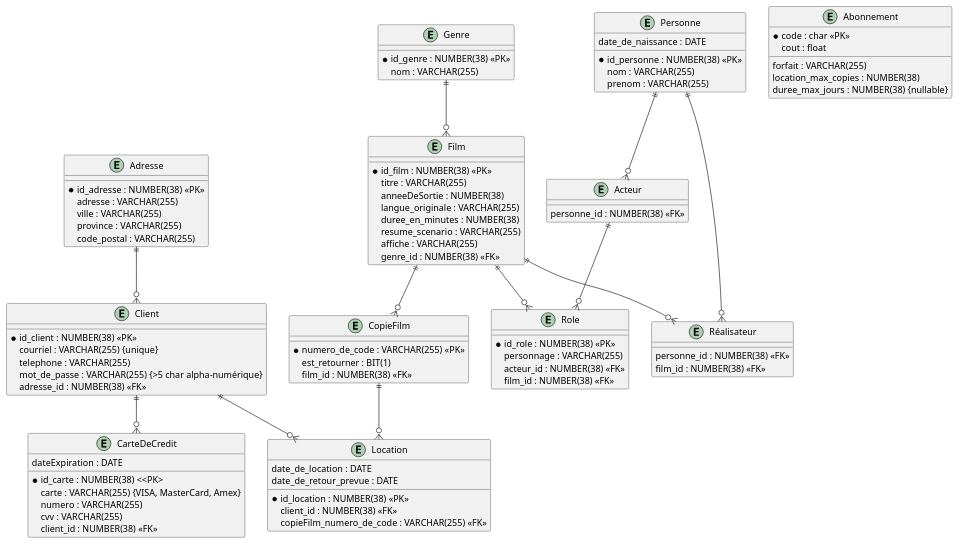
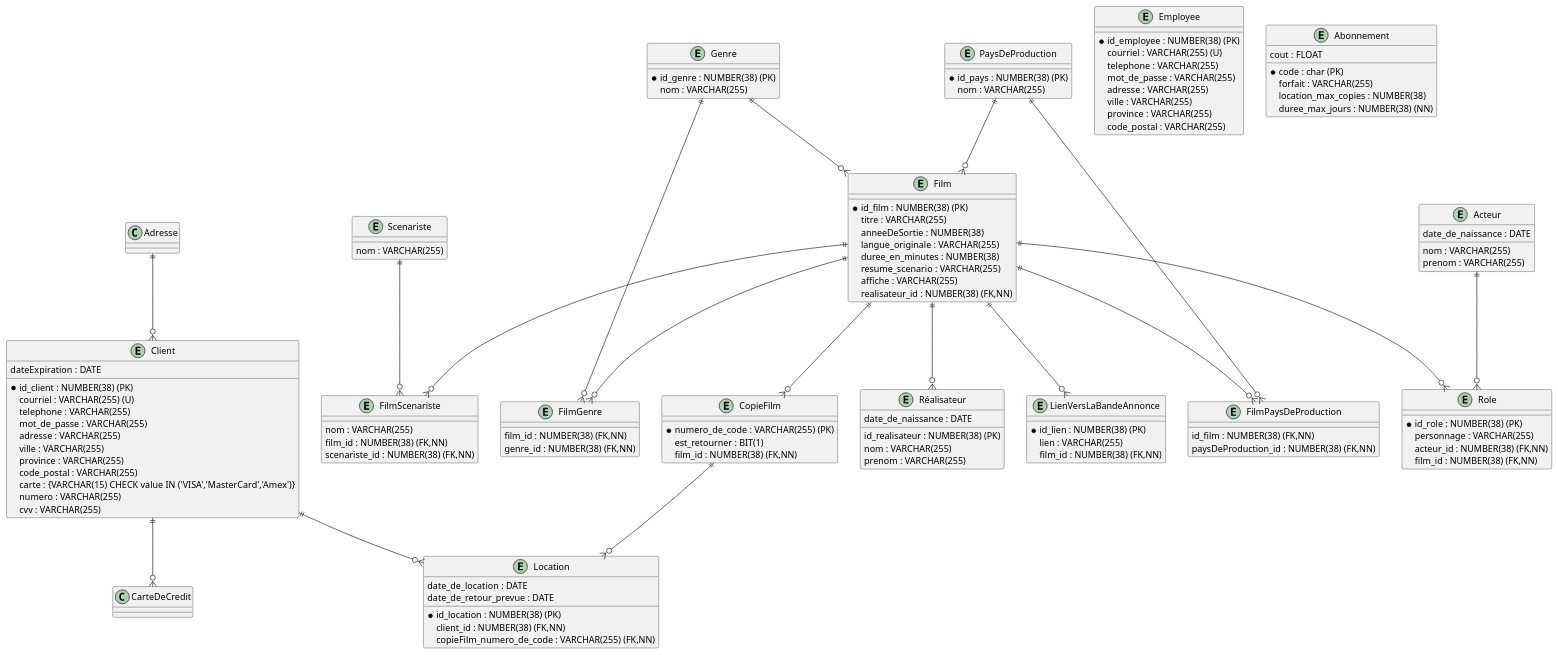
One commit to samihanine/log660-labo1 changed the diagram in tache1.puml. Above: the diagram before and after it, drawn with PlantUML.

Commit message:
refactor: Update UML class diagram for movie rental system

```diff
--- a/tache1.puml
+++ b/tache1.puml
@@ -1,99 +1,134 @@
 @startuml
 entity "Client" as Client {
-  *id_client : NUMBER(38) <<PK>>
-  courriel : VARCHAR(255) {unique}
+  *id_client : NUMBER(38) (PK)
+  courriel : VARCHAR(255) (U)
   telephone : VARCHAR(255)
-  mot_de_passe : VARCHAR(255) {>5 char alpha-numérique}
-  adresse_id : NUMBER(38) <<FK>>
+  mot_de_passe : VARCHAR(255)
+  adresse : VARCHAR(255)
+  ville : VARCHAR(255)
+  province : VARCHAR(255)
+  code_postal : VARCHAR(255)
+  carte : {VARCHAR(15) CHECK value IN ('VISA','MasterCard','Amex')}
+  numero : VARCHAR(255)
+  cvv : VARCHAR(255)
+  dateExpiration : DATE
 }
 
-entity "Adresse" as Adresse {
-  *id_adresse : NUMBER(38) <<PK>>
+entity "Employee" as Employee {
+  *id_employee : NUMBER(38) (PK)
+  courriel : VARCHAR(255) (U)
+  telephone : VARCHAR(255)
+  mot_de_passe : VARCHAR(255)
   adresse : VARCHAR(255)
   ville : VARCHAR(255)
   province : VARCHAR(255)
   code_postal : VARCHAR(255)
 }
 
-entity "CarteDeCredit" as CarteDeCredit {
-  *id_carte : NUMBER(38) <<PK>
-  carte : VARCHAR(255) {VISA, MasterCard, Amex}
-  numero : VARCHAR(255)
-  cvv : VARCHAR(255)
-  dateExpiration : DATE
-  client_id : NUMBER(38) <<FK>>
-}
-
 entity "Abonnement" as Abonnement {
-  *code : char <<PK>>
+  *code : char (PK)
   forfait : VARCHAR(255)
-  cout : float
+  cout : FLOAT
   location_max_copies : NUMBER(38)
-  duree_max_jours : NUMBER(38) {nullable}
+  duree_max_jours : NUMBER(38) (NN)
 }
 
 entity "Film" as Film {
-  *id_film : NUMBER(38) <<PK>>
+  *id_film : NUMBER(38) (PK)
   titre : VARCHAR(255)
   anneeDeSortie : NUMBER(38)
   langue_originale : VARCHAR(255)
   duree_en_minutes : NUMBER(38)
   resume_scenario : VARCHAR(255)
   affiche : VARCHAR(255)
-  genre_id : NUMBER(38) <<FK>>
+  realisateur_id : NUMBER(38) (FK,NN)
+}
+
+entity "FilmScenariste" as FilmScenariste {
+  nom : VARCHAR(255)
+  film_id : NUMBER(38) (FK,NN)
+  scenariste_id : NUMBER(38) (FK,NN)
+}
+
+entity "Scenariste" as Scenariste {
+  nom : VARCHAR(255)
+}
+
+entity "FilmGenre" as FilmGenre {
+  film_id : NUMBER(38) (FK,NN)
+  genre_id : NUMBER(38) (FK,NN)
 }
 
 entity "Genre" as Genre {
-  *id_genre : NUMBER(38) <<PK>>
+  *id_genre : NUMBER(38) (PK)
   nom : VARCHAR(255)
 }
 
-entity "Personne" as Personne {
-  *id_personne : NUMBER(38) <<PK>>
+entity "Acteur" as Acteur {
   nom : VARCHAR(255)
   prenom : VARCHAR(255)
   date_de_naissance : DATE
 }
 
-entity "Acteur" as Acteur {
-  personne_id : NUMBER(38) <<FK>>
+entity "FilmPaysDeProduction" as FilmPaysDeProduction {
+  id_film : NUMBER(38) (FK,NN)
+  paysDeProduction_id : NUMBER(38) (FK,NN)
+}
+
+entity "PaysDeProduction" as PaysDeProduction {
+  *id_pays : NUMBER(38) (PK)
+  nom : VARCHAR(255)
 }
 
 entity "Role" as Role {
-  *id_role : NUMBER(38) <<PK>>
+  *id_role : NUMBER(38) (PK)
   personnage : VARCHAR(255)
-  acteur_id : NUMBER(38) <<FK>>
-  film_id : NUMBER(38) <<FK>>
+  acteur_id : NUMBER(38) (FK,NN)
+  film_id : NUMBER(38) (FK,NN)
 }
 
 entity "Réalisateur" as Réalisateur {
-  personne_id : NUMBER(38) <<FK>>
-  film_id : NUMBER(38) <<FK>>
+  id_realisateur : NUMBER(38) (PK)
+  nom : VARCHAR(255)
+  prenom : VARCHAR(255)
+  date_de_naissance : DATE
 }
 
 entity "CopieFilm" as CopieFilm {
-  *numero_de_code : VARCHAR(255) <<PK>>
+  *numero_de_code : VARCHAR(255) (PK)
   est_retourner : BIT(1) 
-  film_id : NUMBER(38) <<FK>>
+  film_id : NUMBER(38) (FK,NN)
 }
 
 entity "Location" as Location {
-  *id_location : NUMBER(38) <<PK>>
+  *id_location : NUMBER(38) (PK)
   date_de_location : DATE
   date_de_retour_prevue : DATE
-  client_id : NUMBER(38) <<FK>>
-  copieFilm_numero_de_code : VARCHAR(255) <<FK>>
+  client_id : NUMBER(38) (FK,NN)
+  copieFilm_numero_de_code : VARCHAR(255) (FK,NN)
+}
+
+entity "LienVersLaBandeAnnonce" as LienVersLaBandeAnnonce {
+  *id_lien : NUMBER(38) (PK)
+  lien : VARCHAR(255)
+  film_id : NUMBER(38) (FK,NN)
 }
 
 Adresse ||--o{ Client
 Client ||--o{ CarteDeCredit
 Client ||--o{ Location
 Film ||--o{ Role
 Film ||--o{ Réalisateur
 Film ||--o{ CopieFilm
-Personne ||--o{ Acteur
-Personne ||--o{ Réalisateur
 Genre ||--o{ Film
 CopieFilm ||--o{ Location
 Acteur ||--o{ Role
+PaysDeProduction ||--o{ Film
+Film ||--o{ LienVersLaBandeAnnonce
+Film ||--o{ FilmScenariste
+Scenariste ||--o{ FilmScenariste
+Film ||--o{ FilmGenre
+Genre ||--o{ FilmGenre
+Film ||--o{ FilmPaysDeProduction
+PaysDeProduction ||--o{ FilmPaysDeProduction
 @enduml
```
